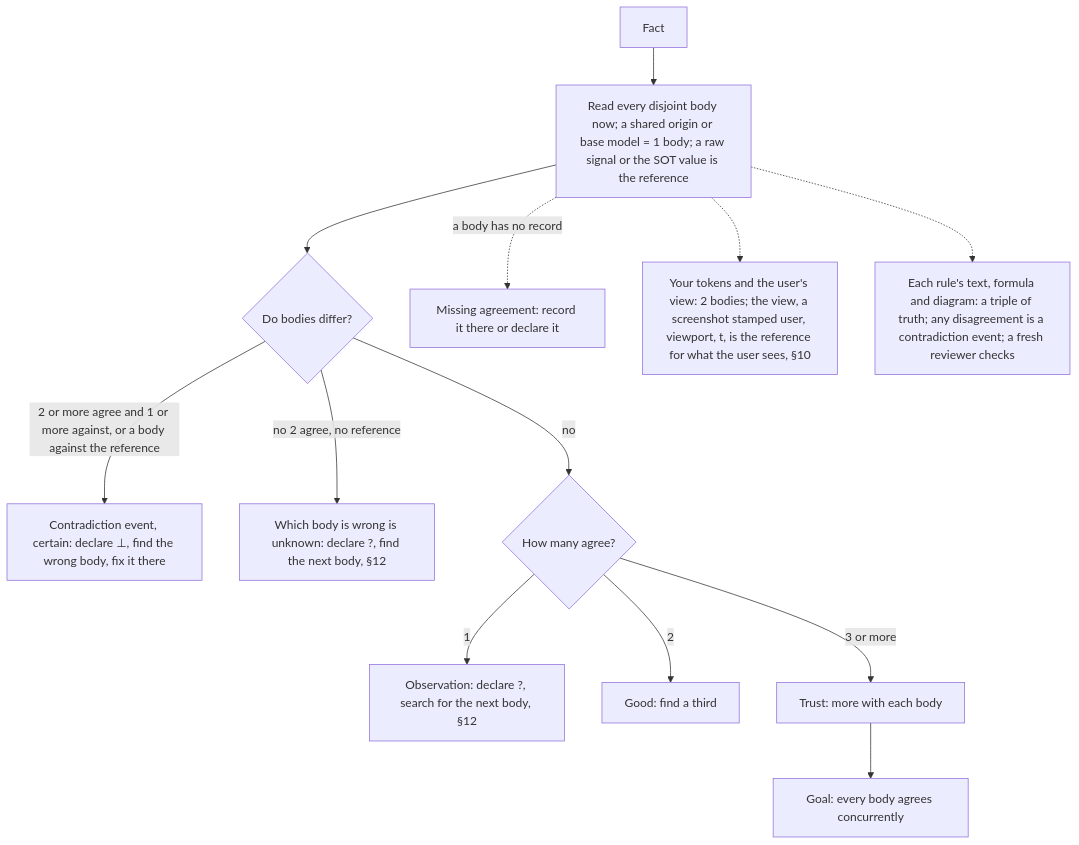
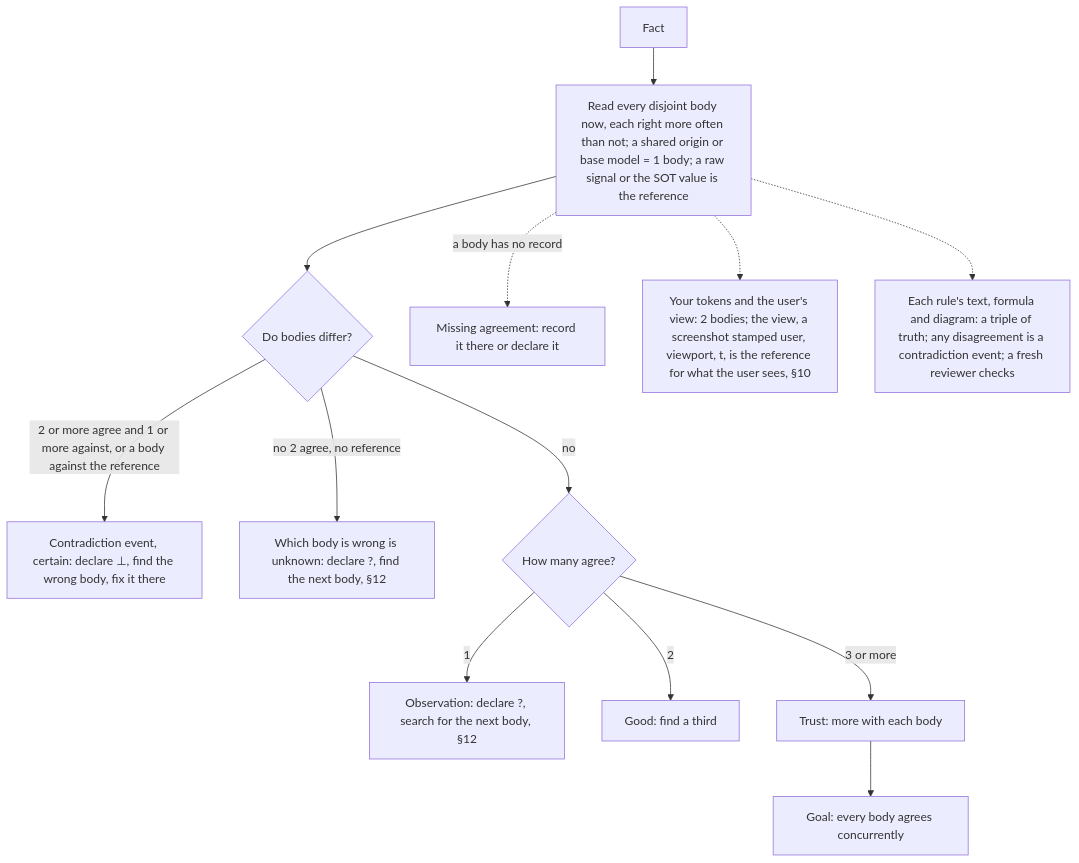
Diagram 14 of 14 in AGENTS.md (SolenixAI/arbiter), drawn with Mermaid before and after one commit. The commit also changed other lines of this file, not shown here.

First line of the commit message:
fix(agents): bodies are right more often than not; three diagram branches match their text

````diff
--- a/AGENTS.md
+++ b/AGENTS.md
@@ -545,15 +548,15 @@
 ```mermaid
 flowchart TD
-  F[Fact] --> B["Read every disjoint body now; a shared origin or base model = 1 body; a raw signal or the SOT value is the reference"]
+  F[Fact] --> B["Read every disjoint body now, each right more often than not; a shared origin or base model = 1 body; a raw signal or the SOT value is the reference"]
   B --> D{Do bodies differ?}
   D -->|2 or more agree and 1 or more against, or a body against the reference| C["Contradiction event, certain: declare ⊥, find the wrong body, fix it there"]
   D -->|no 2 agree, no reference| U["Which body is wrong is unknown: declare ?, find the next body, §12"]
   D -->|no| N{How many agree?}
   N -->|1| O["Observation: declare ?, search for the next body, §12"]
   N -->|2| G[Good: find a third]
   N -->|3 or more| T["Trust: more with each body"]
   B -.->|a body has no record| Mi[Missing agreement: record it there or declare it]
   B -.-> TP["Your tokens and the user's view: 2 bodies; the view, a screenshot stamped user, viewport, t, is the reference for what the user sees, §10"]
   B -.-> TR["Each rule's text, formula and diagram: a triple of truth; any disagreement is a contradiction event; a fresh reviewer checks"]
   T --> Goal[Goal: every body agrees concurrently]
 ```
````
